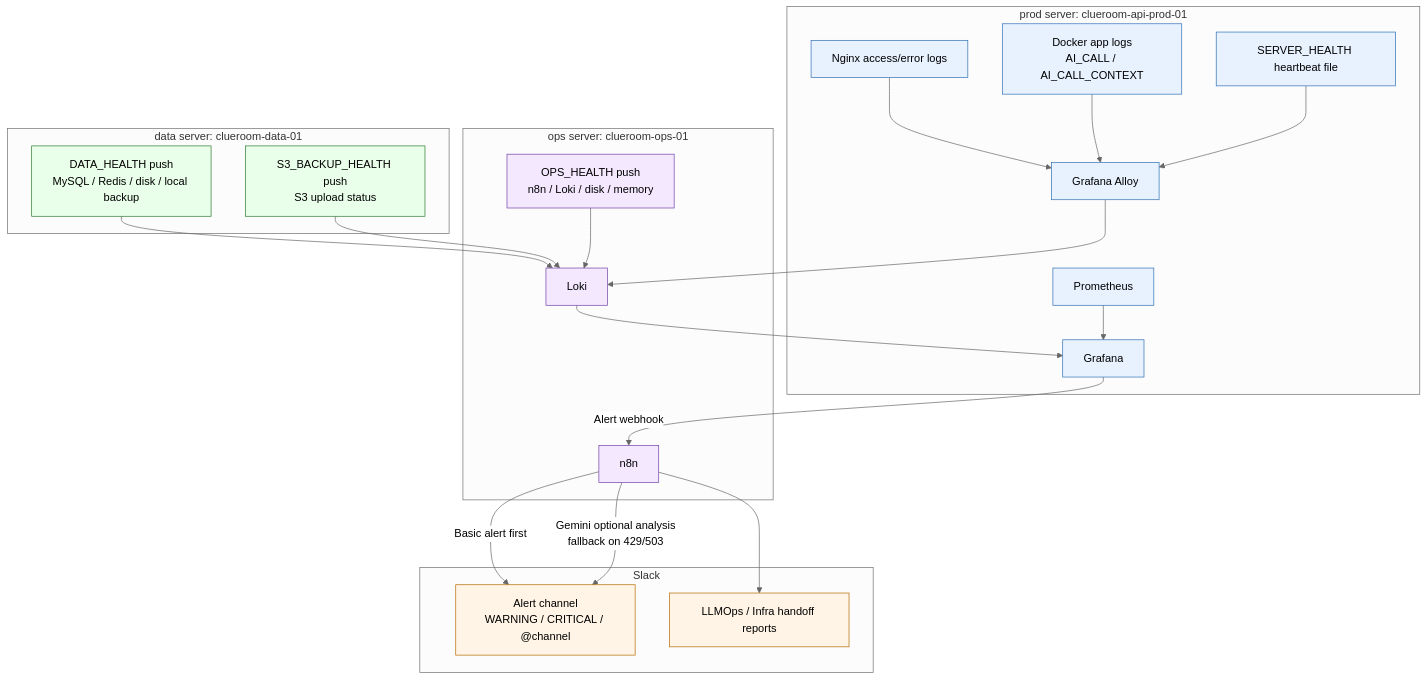
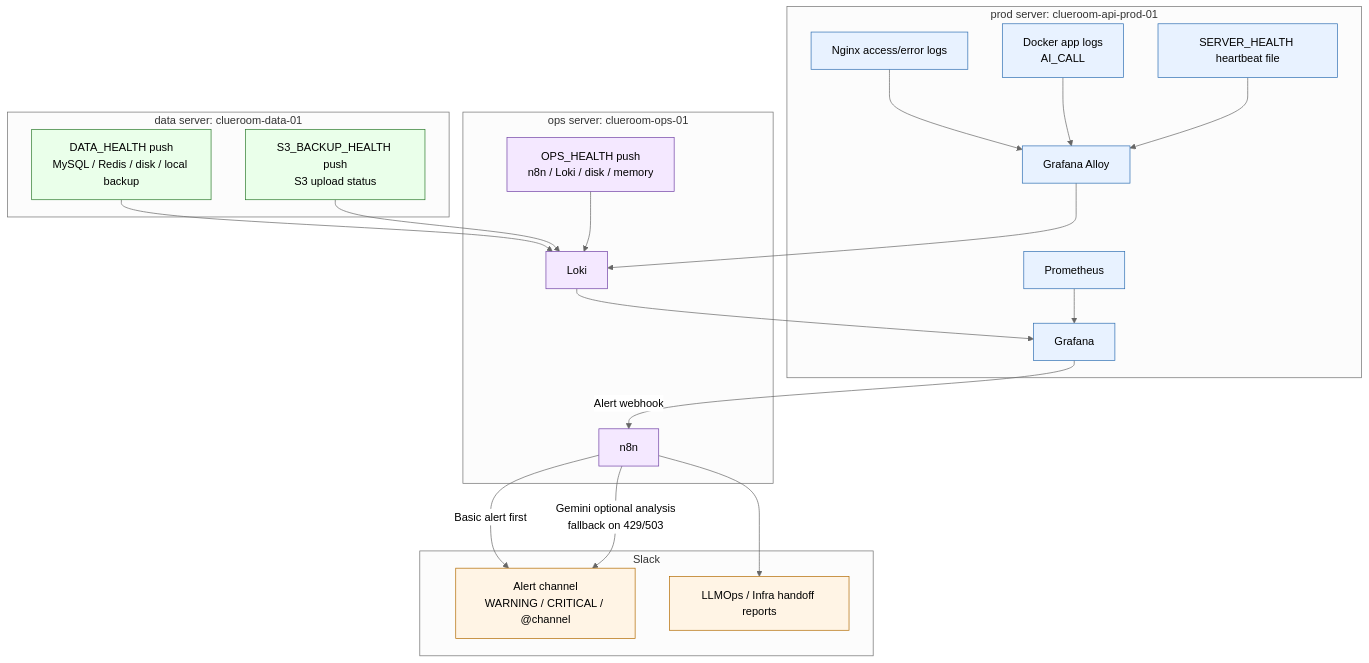
Before and after one commit to Final-Project-sixteam-company/start-up-project: the diagram in docs/infra/diagrams/observability-alert-flow.mmd, drawn with Mermaid (neutral theme). The commit also changed 2 other files, not shown here.

```diff
--- a/docs/infra/diagrams/observability-alert-flow.mmd
+++ b/docs/infra/diagrams/observability-alert-flow.mmd
@@ -1,52 +1,52 @@
 flowchart TD
     subgraph prod["prod server: clueroom-api-prod-01"]
         nginx_logs["Nginx access/error logs"]
-        app_logs["Docker app logs<br/>AI_CALL / AI_CALL_CONTEXT"]
+        app_logs["Docker app logs<br/>AI_CALL"]
         server_health["SERVER_HEALTH heartbeat file"]
         alloy["Grafana Alloy"]
         prometheus["Prometheus"]
         grafana["Grafana"]
     end
 
     subgraph data["data server: clueroom-data-01"]
         data_health["DATA_HEALTH push<br/>MySQL / Redis / disk / local backup"]
         s3_health["S3_BACKUP_HEALTH push<br/>S3 upload status"]
     end
 
     subgraph ops["ops server: clueroom-ops-01"]
         loki["Loki"]
         n8n["n8n"]
         ops_health["OPS_HEALTH push<br/>n8n / Loki / disk / memory"]
     end
 
     subgraph slack["Slack"]
         alerts["Alert channel<br/>WARNING / CRITICAL / @channel"]
         reports["LLMOps / Infra handoff reports"]
     end
 
     nginx_logs --> alloy
     app_logs --> alloy
     server_health --> alloy
     alloy --> loki
 
     data_health --> loki
     s3_health --> loki
     ops_health --> loki
 
     prometheus --> grafana
     loki --> grafana
 
     grafana -->|"Alert webhook"| n8n
     n8n -->|"Basic alert first"| alerts
     n8n -->|"Gemini optional analysis<br/>fallback on 429/503"| alerts
     n8n --> reports
 
     classDef prod fill:#e8f2ff,stroke:#2f6fb3,stroke-width:1px;
     classDef data fill:#eaffea,stroke:#2b7a2b,stroke-width:1px;
     classDef ops fill:#f4e8ff,stroke:#7142a6,stroke-width:1px;
     classDef out fill:#fff4e5,stroke:#b36b00,stroke-width:1px;
 
     class nginx_logs,app_logs,server_health,alloy,prometheus,grafana prod;
     class data_health,s3_health data;
     class loki,n8n,ops_health ops;
     class alerts,reports out;
```
